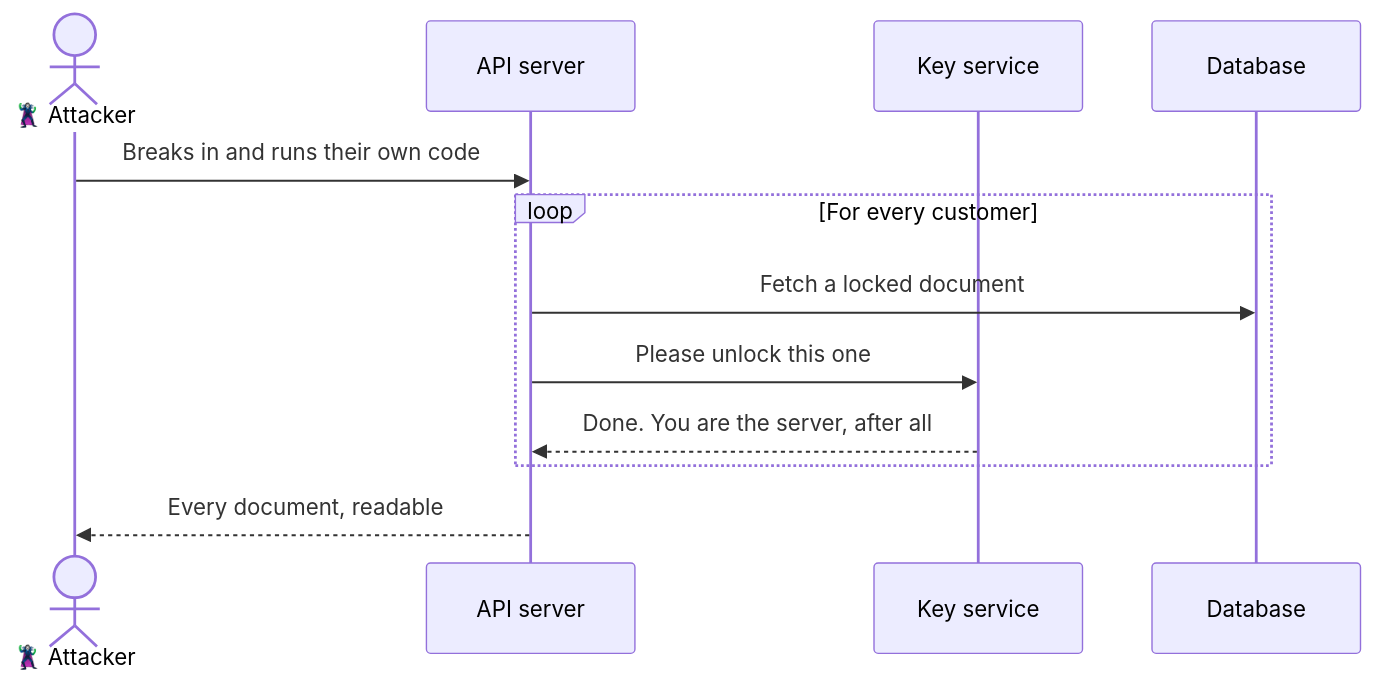
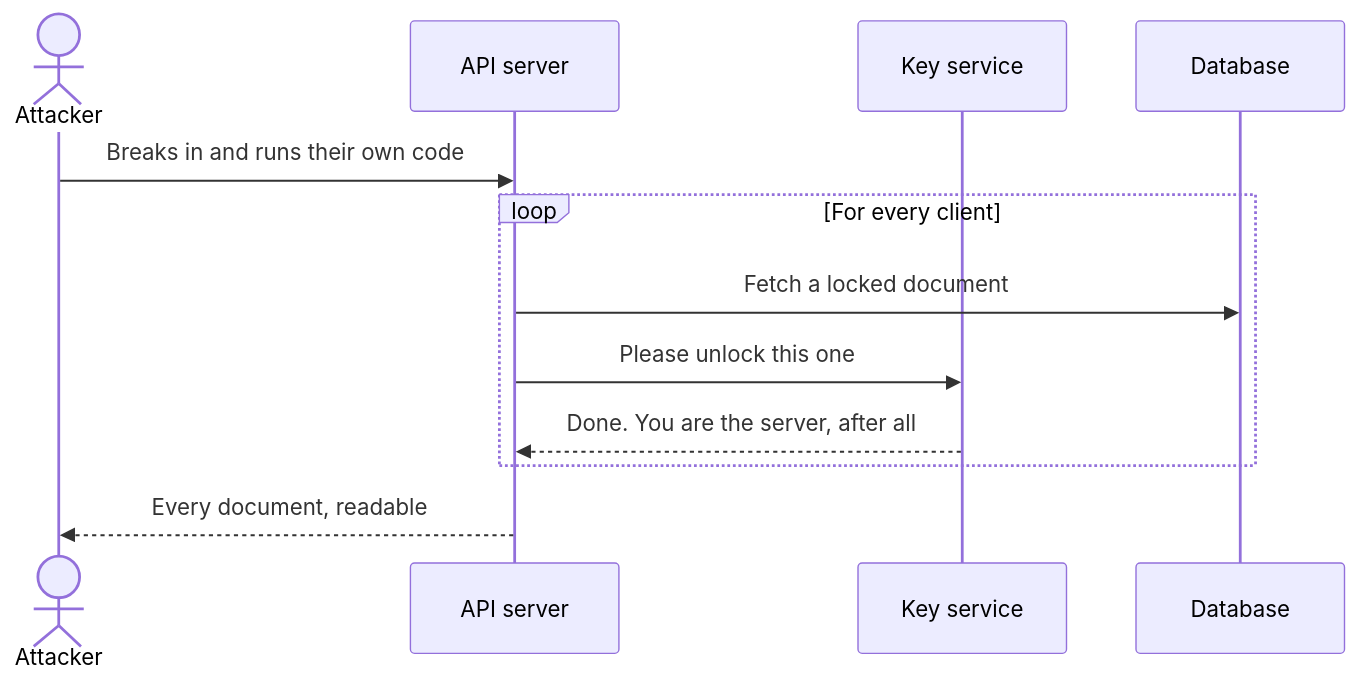
Before and after one commit to kigster/kigre-astro: the second of 16 diagrams in src/content/blog/2026-11-12--sharing-encrypted-documents-without-trusting-your-server.md, drawn with Mermaid. The commit also changed other lines of this file and 4 other files, not shown here.

````diff
--- a/src/content/blog/2026-11-12--sharing-encrypted-documents-without-trusting-your-server.md
+++ b/src/content/blog/2026-11-12--sharing-encrypted-documents-without-trusting-your-server.md
@@ -79,14 +124,14 @@
 ```mermaid
 sequenceDiagram
-    actor A as 🦹 Attacker
+    actor A as Attacker
     participant R as API server
     participant K as Key service
     participant D as Database
     A->>R: Breaks in and runs their own code
-    loop For every customer
+    loop For every client
         R->>D: Fetch a locked document
         R->>K: Please unlock this one
         K-->>R: Done. You are the server, after all
     end
     R-->>A: Every document, readable
 ```
````
